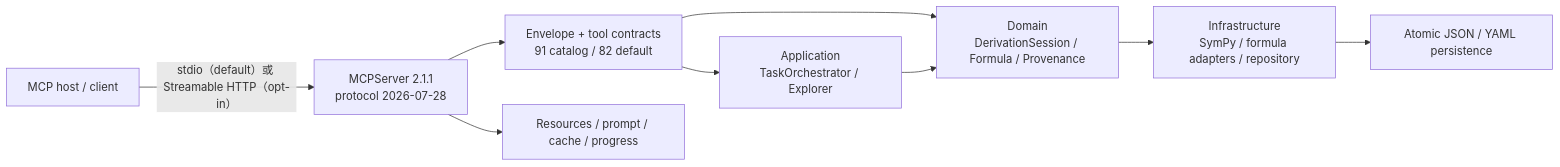
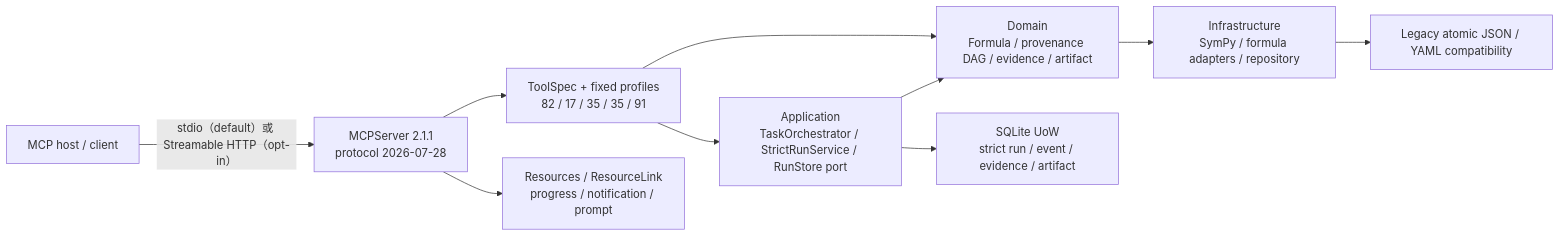
The diagram in memory-bank/architect.md (u9401066/nsforge-mcp), drawn with Mermaid before and after one commit. The commit also changed other lines of this file and 22 other files, not shown here.

````diff
--- a/memory-bank/architect.md
+++ b/memory-bank/architect.md
@@ -7,11 +7,12 @@
 ```mermaid
 flowchart LR
     H["MCP host / client"] -->|"stdio（default）或 Streamable HTTP（opt-in）"| M["MCPServer 2.1.1\nprotocol 2026-07-28"]
-    M --> E["Envelope + tool contracts\n91 catalog / 82 default"]
-    M --> P["Resources / prompt / cache / progress"]
-    E --> A["Application\nTaskOrchestrator / Explorer"]
-    E --> D["Domain\nDerivationSession / Formula / Provenance"]
+    M --> E["ToolSpec + fixed profiles\n82 / 17 / 35 / 35 / 91"]
+    M --> P["Resources / ResourceLink\nprogress / notification / prompt"]
+    E --> A["Application\nTaskOrchestrator / StrictRunService / RunStore port"]
+    E --> D["Domain\nFormula / provenance DAG / evidence / artifact"]
     A --> D
     D --> I["Infrastructure\nSymPy / formula adapters / repository"]
-    I --> F["Atomic JSON / YAML persistence"]
+    A --> S["SQLite UoW\nstrict run / event / evidence / artifact"]
+    I --> F["Legacy atomic JSON / YAML compatibility"]
 ```
````
